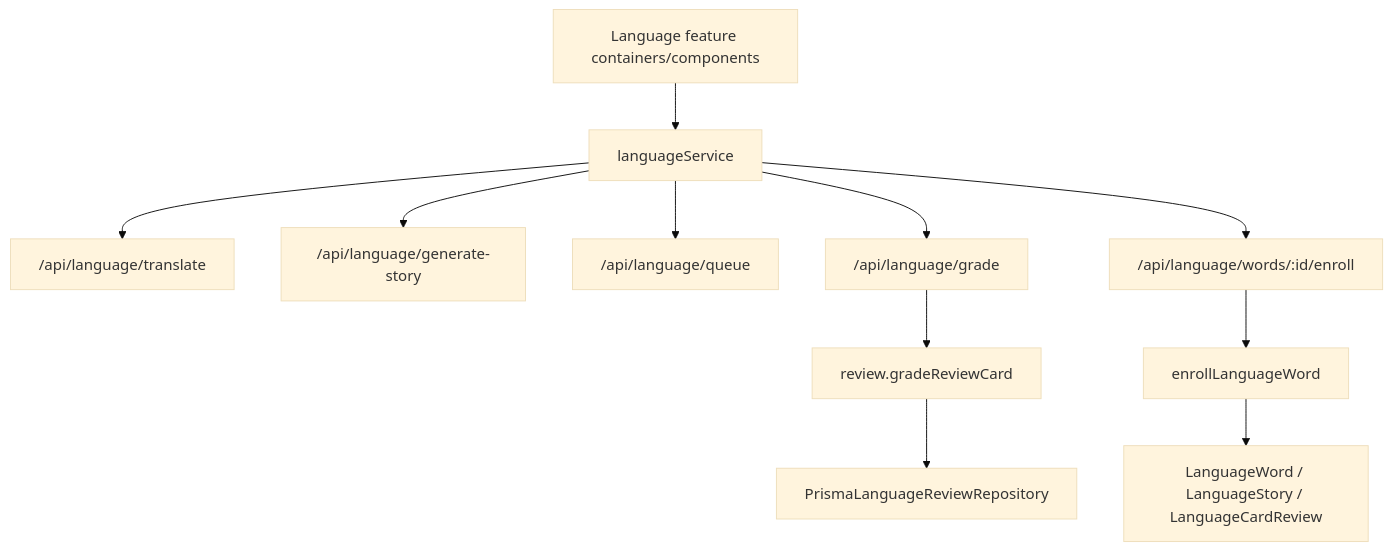
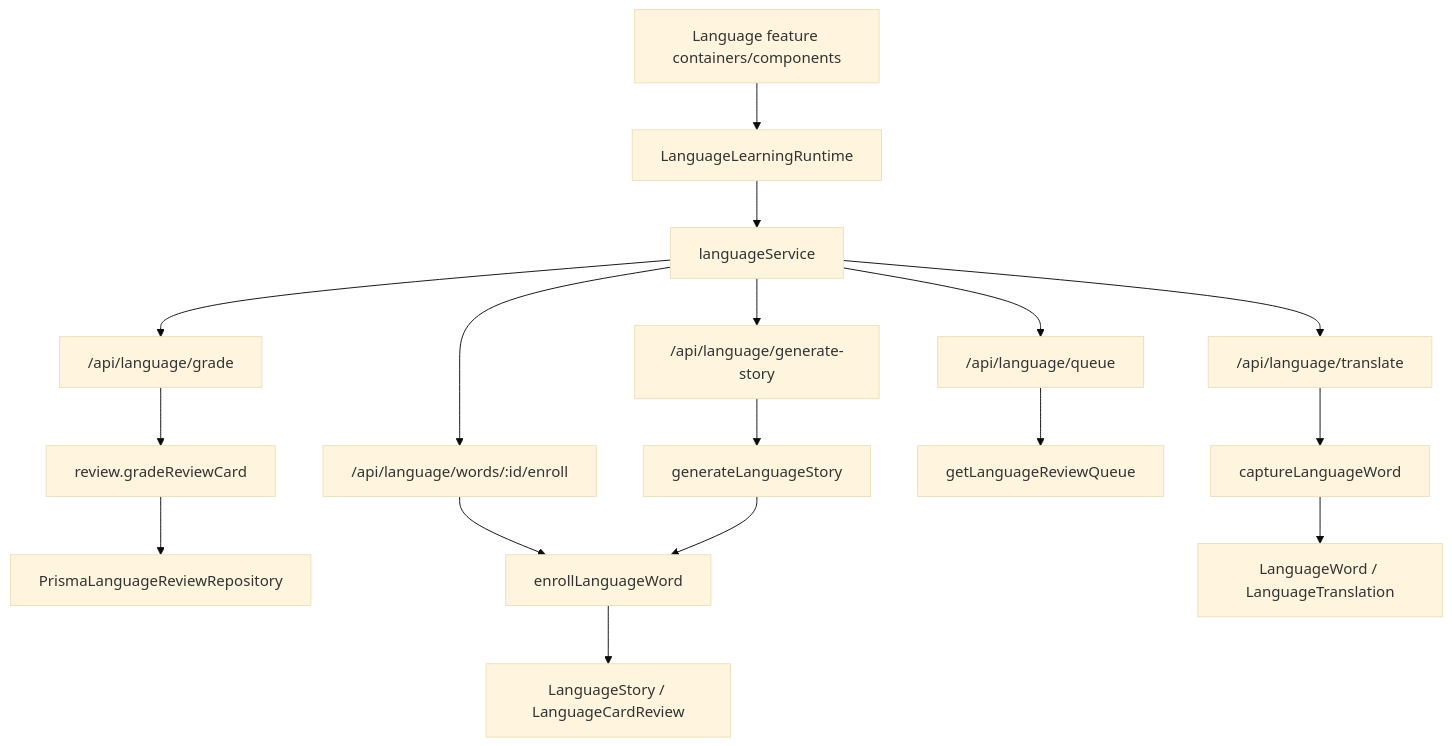
One commit to AM-Saad/CleverAI changed the eighth of 15 diagrams in docs/MODULE_SYSTEM_DIAGRAMS.md. Above: the diagram before and after it, drawn with Mermaid (base theme). The commit also changed other lines of this file and 25 other files, not shown here.

````diff
--- a/docs/MODULE_SYSTEM_DIAGRAMS.md
+++ b/docs/MODULE_SYSTEM_DIAGRAMS.md
@@ -185,14 +185,20 @@
 ```mermaid
 flowchart TD
-  LangUI["Language feature containers/components"] --> LangService["languageService"]
+  LangUI["Language feature containers/components"] --> LangRuntime["LanguageLearningRuntime"]
+  LangRuntime --> LangService["languageService"]
   LangService --> Translate["/api/language/translate"]
   LangService --> Story["/api/language/generate-story"]
   LangService --> Queue["/api/language/queue"]
   LangService --> GradeRoute["/api/language/grade"]
   LangService --> EnrollRoute["/api/language/words/:id/enroll"]
 
+  Translate --> CaptureWord["captureLanguageWord"]
+  Story --> GenerateStory["generateLanguageStory"]
+  Queue --> QueueUseCase["getLanguageReviewQueue"]
   GradeRoute --> SharedGrade["review.gradeReviewCard"]
   SharedGrade --> LangRepo["PrismaLanguageReviewRepository"]
   EnrollRoute --> EnrollWord["enrollLanguageWord"]
-  EnrollWord --> Prisma["LanguageWord / LanguageStory / LanguageCardReview"]
+  GenerateStory --> EnrollWord
+  CaptureWord --> Prisma["LanguageWord / LanguageTranslation"]
+  EnrollWord --> Prisma2["LanguageStory / LanguageCardReview"]
 ```
````
